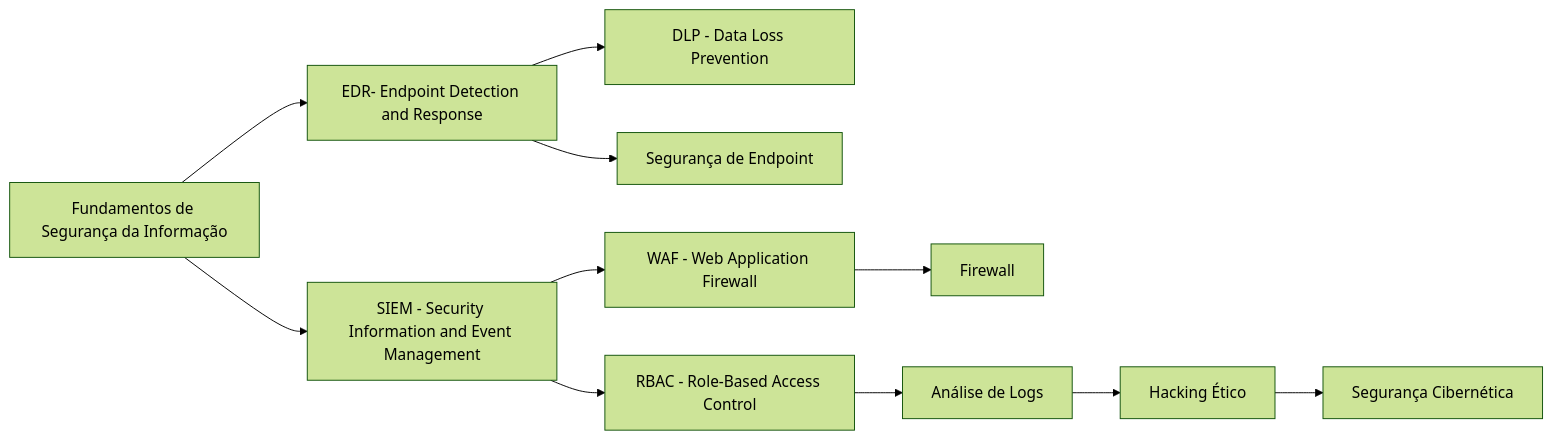
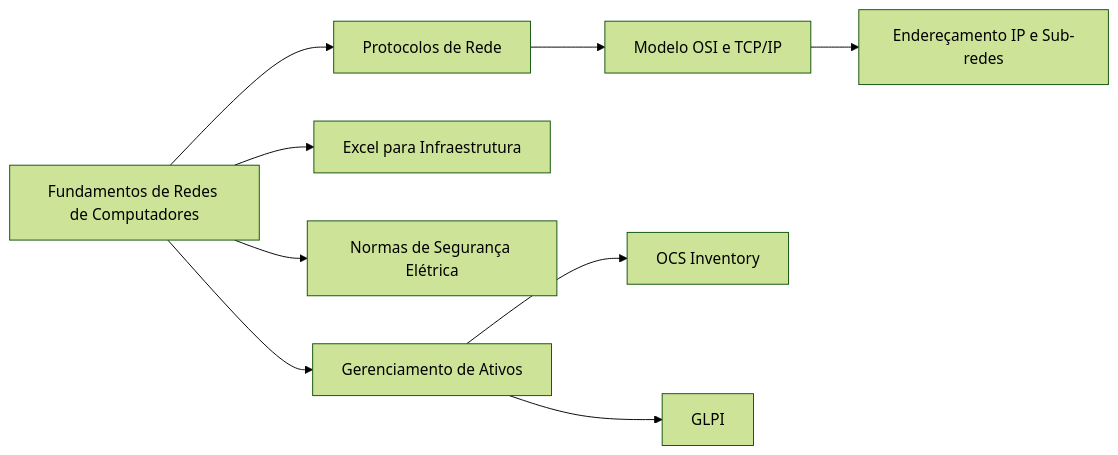
The first of 3 diagrams in README.md (socialhiveconnect/Infraestrutura), drawn with Mermaid (forest theme) before and after one commit. The commit also changed other lines of this file, not shown here.

````diff
--- a/README.md
+++ b/README.md
@@ -67,15 +66,13 @@
 ```mermaid
   graph LR;
-    A[Fundamentos de Segurança da Informação] --> B[EDR- Endpoint Detection and Response];
-    A --> C[SIEM - Security Information and Event Management];
-    B --> D[DLP - Data Loss Prevention];
-    B --> E[Segurança de Endpoint];
-    C --> F[RBAC - Role-Based Access Control];
-    C --> G[WAF - Web Application Firewall];
-    G --> H[Firewall];
-    F --> I[Análise de Logs];
-    I --> J[Hacking Ético];
-    J --> K[Segurança Cibernética];
+    A[Fundamentos de Redes de Computadores] --> B[Protocolos de Rede];
+    B --> C[Modelo OSI e TCP/IP];
+    C --> D[Endereçamento IP e Sub-redes];
+    A --> E[Excel para Infraestrutura];
+    A --> F[Normas de Segurança Elétrica];
+    A --> G[Gerenciamento de Ativos];
+    G --> H[OCS Inventory];
+    G --> I[GLPI];
 
-      click A "https://github.com/socialhiveconnect/Seg.Info/tree/main/iniciante" "Veja o repositório de Iniciantes"
+      click A "https://github.com/socialhiveconnect/Infraestrutura/tree/main/iniciante" "Veja o repositório de Iniciantes"
 ```
````
